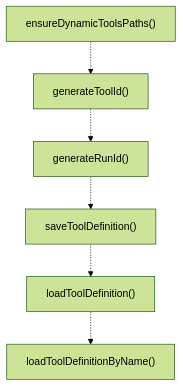
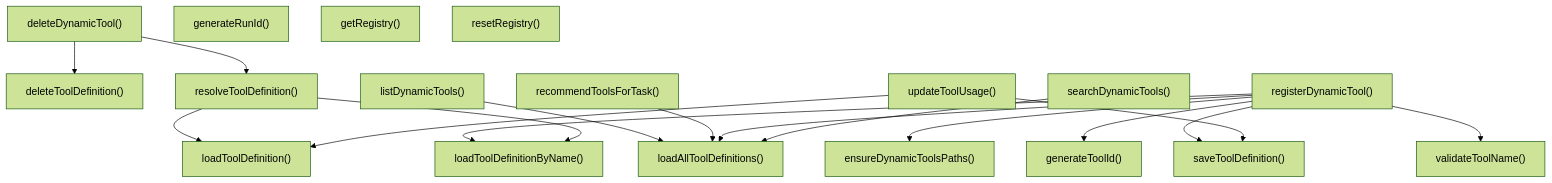
The third of 4 diagrams in ABDD/.pi/lib/dynamic-tools/registry.md (Mekann2904/mekann), drawn with Mermaid (forest theme) before and after one commit. The commit also changed other lines of this file and 277 other files, not shown here.

````diff
--- a/ABDD/.pi/lib/dynamic-tools/registry.md
+++ b/ABDD/.pi/lib/dynamic-tools/registry.md
@@ -134,14 +134,36 @@
 ```mermaid
 flowchart TD
+  deleteDynamicTool["deleteDynamicTool()"]
+  deleteToolDefinition["deleteToolDefinition()"]
   ensureDynamicToolsPaths["ensureDynamicToolsPaths()"]
+  generateRunId["generateRunId()"]
   generateToolId["generateToolId()"]
-  generateRunId["generateRunId()"]
-  saveToolDefinition["saveToolDefinition()"]
+  getRegistry["getRegistry()"]
+  listDynamicTools["listDynamicTools()"]
+  loadAllToolDefinitions["loadAllToolDefinitions()"]
   loadToolDefinition["loadToolDefinition()"]
   loadToolDefinitionByName["loadToolDefinitionByName()"]
-  ensureDynamicToolsPaths -.-> generateToolId
-  generateToolId -.-> generateRunId
-  generateRunId -.-> saveToolDefinition
-  saveToolDefinition -.-> loadToolDefinition
-  loadToolDefinition -.-> loadToolDefinitionByName
+  recommendToolsForTask["recommendToolsForTask()"]
+  registerDynamicTool["registerDynamicTool()"]
+  resetRegistry["resetRegistry()"]
+  resolveToolDefinition["resolveToolDefinition()"]
+  saveToolDefinition["saveToolDefinition()"]
+  searchDynamicTools["searchDynamicTools()"]
+  updateToolUsage["updateToolUsage()"]
+  validateToolName["validateToolName()"]
+  deleteDynamicTool --> deleteToolDefinition
+  deleteDynamicTool --> resolveToolDefinition
+  listDynamicTools --> loadAllToolDefinitions
+  recommendToolsForTask --> loadAllToolDefinitions
+  registerDynamicTool --> ensureDynamicToolsPaths
+  registerDynamicTool --> generateToolId
+  registerDynamicTool --> loadAllToolDefinitions
+  registerDynamicTool --> loadToolDefinitionByName
+  registerDynamicTool --> saveToolDefinition
+  registerDynamicTool --> validateToolName
+  resolveToolDefinition --> loadToolDefinition
+  resolveToolDefinition --> loadToolDefinitionByName
+  searchDynamicTools --> loadAllToolDefinitions
+  updateToolUsage --> loadToolDefinition
+  updateToolUsage --> saveToolDefinition
 ```
````
